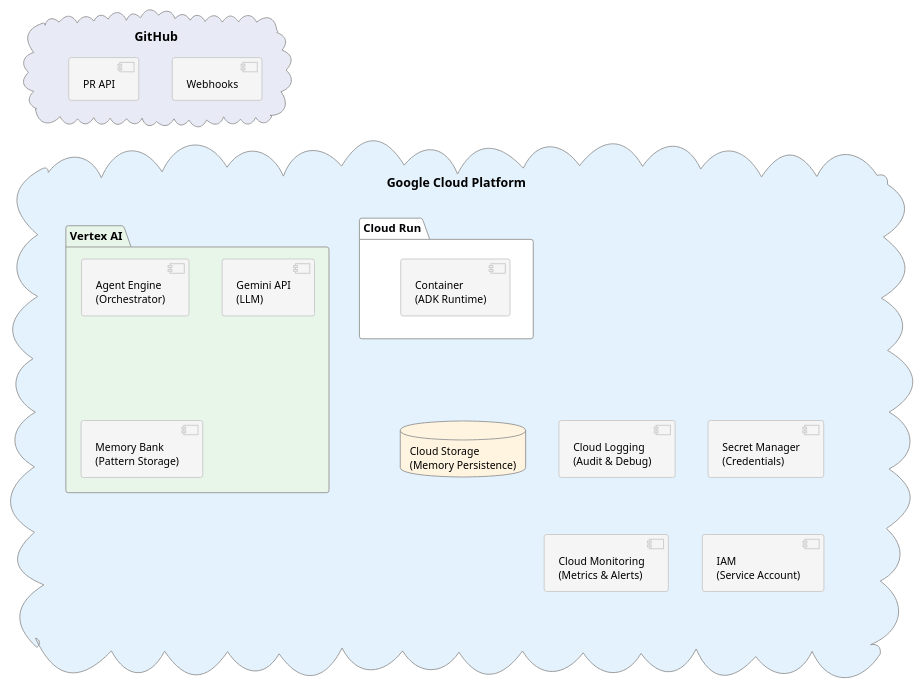
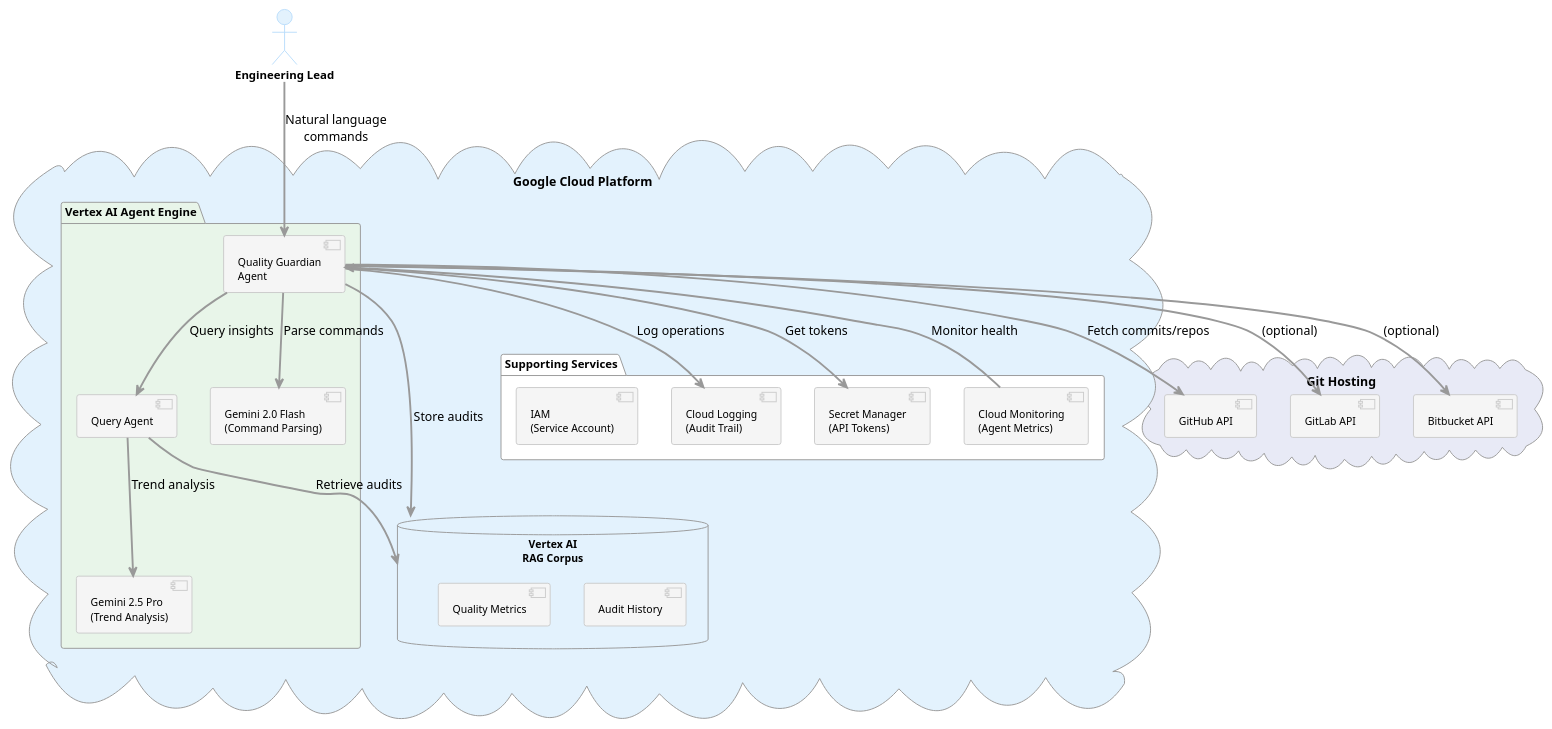
Before and after one commit to RostislavDublin/capstone: the diagram in docs/diagrams/deployment.puml.md, drawn with PlantUML. The commit also changed 7 other files, not shown here.

First line of the commit message:
docs: Update all documentation to Quality Guardian architecture

````diff
--- a/docs/diagrams/deployment.puml.md
+++ b/docs/diagrams/deployment.puml.md
@@ -1,5 +1,5 @@
 ```plantuml
-@startuml deployment
+@startuml quality-guardian-deployment
 !theme plain
 top to bottom direction
 
@@ -33,7 +33,7 @@
 }
 
 skinparam database {
-  BackgroundColor #FFF4E0
+  BackgroundColor #E3F2FD
   BorderColor #999999
   FontName Arial
   FontSize 11
@@ -44,50 +44,49 @@
   Thickness 2
 }
 
-' Level 1: GitHub
-cloud "GitHub" as github #E8EAF6 {
-  component "Webhooks" as webhooks
-  component "PR API" as pr_api
+' Level 1: User & Git Hosting
+actor "Engineering Lead" as user
+cloud "Git Hosting" as git #E8EAF6 {
+  component "GitHub API" as github_api
+  component "GitLab API" as gitlab_api
+  component "Bitbucket API" as bitbucket_api
 }
 
-' Level 3: Google Cloud Platform
+' Level 2: Google Cloud Platform
 cloud "Google Cloud Platform" as gcp #E3F2FD {
-  package "Cloud Run" as cloudrun {
-    component "Container\n(ADK Runtime)" as container
+  package "Vertex AI Agent Engine" as vertex #E8F5E9 {
+    component "Quality Guardian\nAgent" as qg_agent
+    component "Query Agent" as query_agent
+    component "Gemini 2.0 Flash\n(Command Parsing)" as gemini_flash
+    component "Gemini 2.5 Pro\n(Trend Analysis)" as gemini_pro
   }
   
-  package "Vertex AI" as vertex #E8F5E9 {
-    component "Agent Engine\n(Orchestrator)" as agent_engine
-    component "Gemini API\n(LLM)" as gemini_api
-    component "Memory Bank\n(Pattern Storage)" as memory_bank
+  database "Vertex AI\nRAG Corpus" as rag_corpus {
+    component "Audit History" as audit_history
+    component "Quality Metrics" as quality_metrics
   }
   
-  rectangle components {
-    skinparam rectangle{
-      FontColor transparent
-      BackgroundColor transparent
-      BorderColor transparent
-      shadowing false
-    }
-
-    database "Cloud Storage\n(Memory Persistence)" {
-    }
-    
-    component "Cloud Logging\n(Audit & Debug)" as logging
-    
-    component "Secret Manager\n(Credentials)" as secrets
-    
-    component "Cloud Monitoring\n(Metrics & Alerts)" as monitoring
-    
+  package "Supporting Services" as services {
+    component "Cloud Logging\n(Audit Trail)" as logging
+    component "Secret Manager\n(API Tokens)" as secrets
+    component "Cloud Monitoring\n(Agent Metrics)" as monitoring
     component "IAM\n(Service Account)" as iam
   }
-  
-cloudrun -[hidden]-> components
-
 }
 
-' Force compact vertical layout
-github -[hidden]down-> gcp
+' Connections
+user --> qg_agent : Natural language\ncommands
+qg_agent --> github_api : Fetch commits/repos
+qg_agent --> gitlab_api : (optional)
+qg_agent --> bitbucket_api : (optional)
+qg_agent --> gemini_flash : Parse commands
+qg_agent --> query_agent : Query insights
+query_agent --> rag_corpus : Retrieve audits
+query_agent --> gemini_pro : Trend analysis
+qg_agent --> rag_corpus : Store audits
+qg_agent --> logging : Log operations
+qg_agent --> secrets : Get tokens
+monitoring --> qg_agent : Monitor health
 
 @enduml
 ```
````
